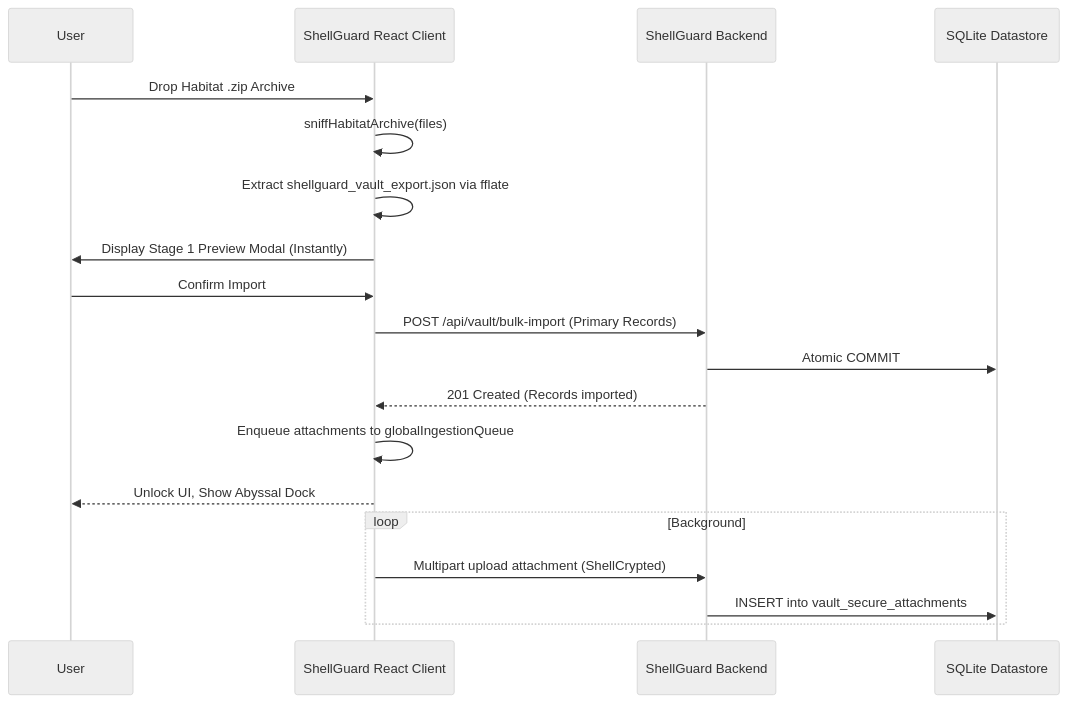
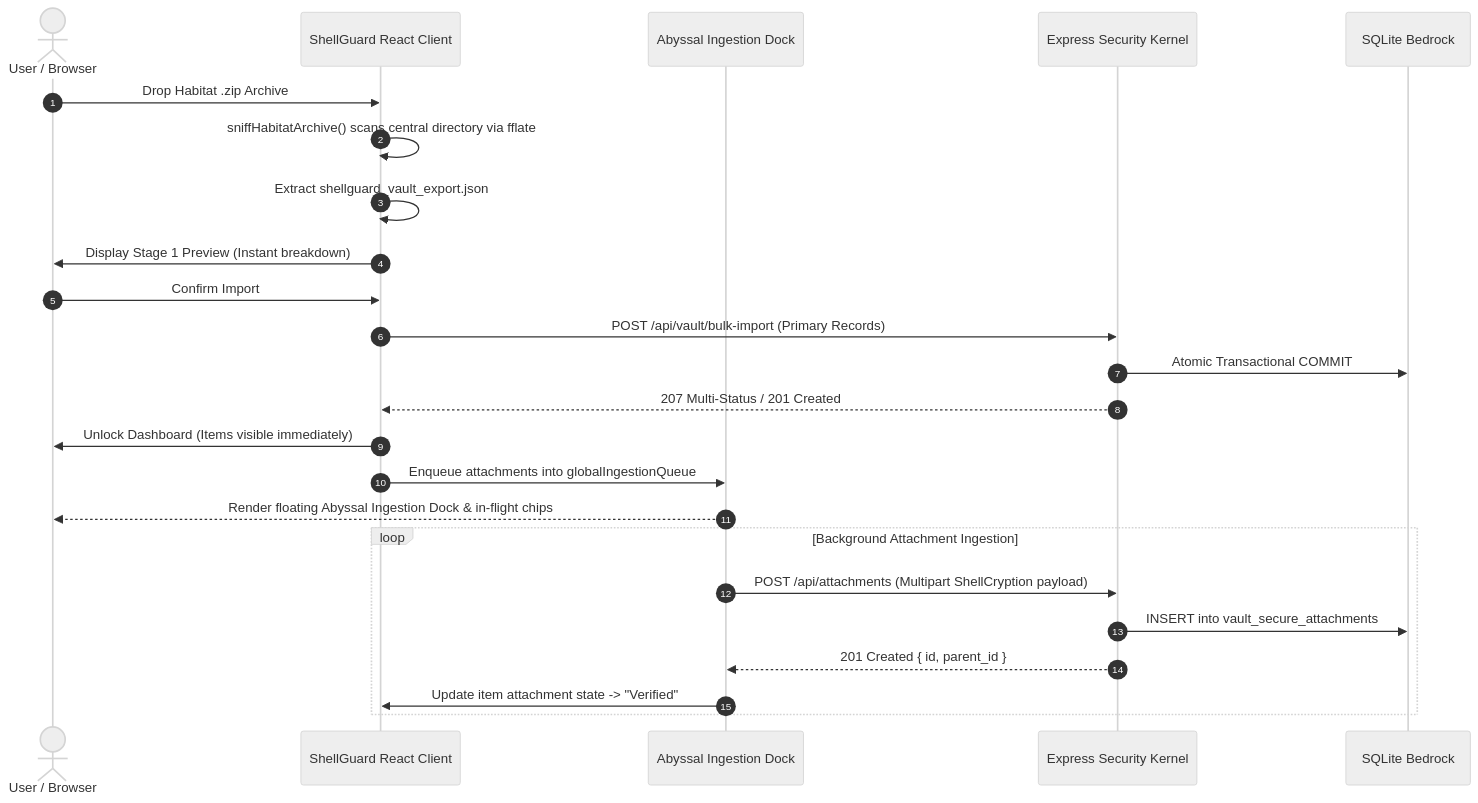
The diagram in RELEASE-v0.0.2.7.md (ClawStackStudios/ShellGuard), drawn with Mermaid (neutral theme) before and after one commit. The commit also changed other lines of this file and 8 other files, not shown here.

````diff
--- a/RELEASE-v0.0.2.7.md
+++ b/RELEASE-v0.0.2.7.md
@@ -25,23 +84,28 @@
 ```mermaid
 sequenceDiagram
-    participant User
-    participant App as ShellGuard React Client
-    participant API as ShellGuard Backend
-    participant DB as SQLite Datastore
+    autonumber
+    actor User as User / Browser
+    participant Client as ShellGuard React Client
+    participant Dock as Abyssal Ingestion Dock
+    participant Server as Express Security Kernel
+    participant DB as SQLite Bedrock
 
-    User->>App: Drop Habitat .zip Archive
-    App->>App: sniffHabitatArchive(files)
-    App->>App: Extract shellguard_vault_export.json via fflate
-    App->>User: Display Stage 1 Preview Modal (Instantly)
-    User->>App: Confirm Import
-    App->>API: POST /api/vault/bulk-import (Primary Records)
-    API->>DB: Atomic COMMIT
-    API-->>App: 201 Created (Records imported)
-    App->>App: Enqueue attachments to globalIngestionQueue
-    App-->>User: Unlock UI, Show Abyssal Dock
+    User->>Client: Drop Habitat .zip Archive
+    Client->>Client: sniffHabitatArchive() scans central directory via fflate
+    Client->>Client: Extract shellguard_vault_export.json
+    Client->>User: Display Stage 1 Preview (Instant breakdown)
+    User->>Client: Confirm Import
+    Client->>Server: POST /api/vault/bulk-import (Primary Records)
+    Server->>DB: Atomic Transactional COMMIT
+    Server-->>Client: 207 Multi-Status / 201 Created
+    Client->>User: Unlock Dashboard (Items visible immediately)
+    Client->>Dock: Enqueue attachments into globalIngestionQueue
+    Dock-->>User: Render floating Abyssal Ingestion Dock & in-flight chips
 
-    loop Background
-      App->>API: Multipart upload attachment (ShellCrypted)
-      API->>DB: INSERT into vault_secure_attachments
+    loop Background Attachment Ingestion
+        Dock->>Server: POST /api/attachments (Multipart ShellCryption payload)
+        Server->>DB: INSERT into vault_secure_attachments
+        Server-->>Dock: 201 Created { id, parent_id }
+        Dock->>Client: Update item attachment state -> "Verified"
     end
 ```
````
